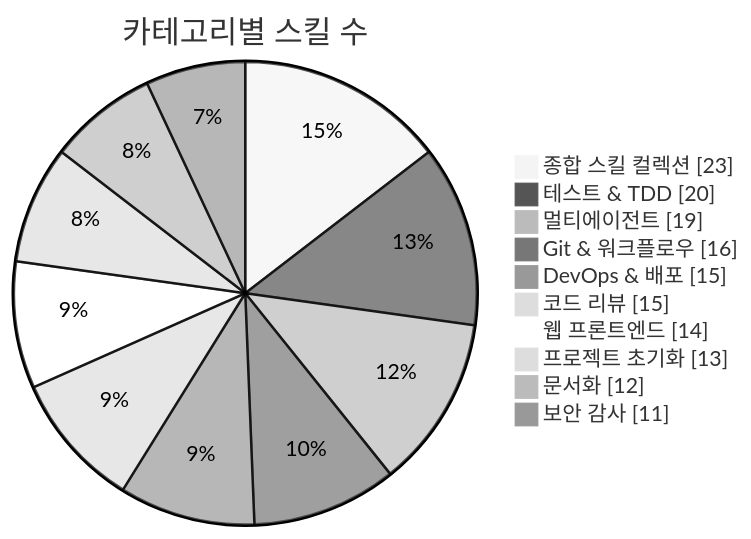
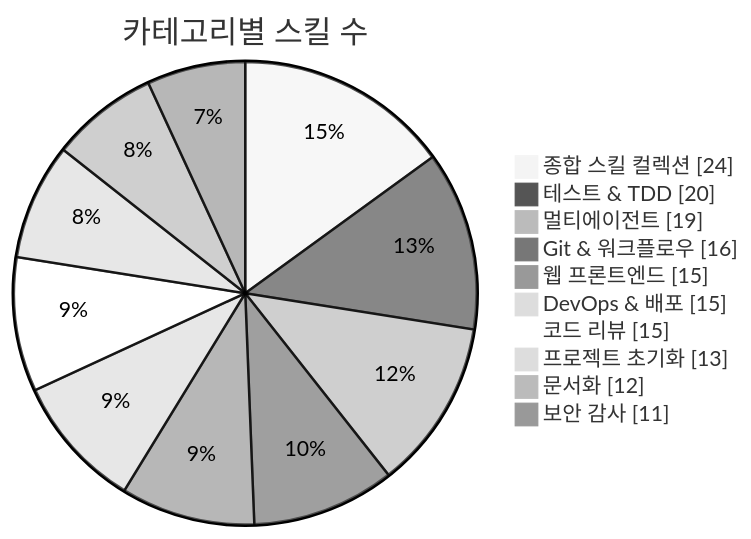
The first of 3 diagrams in README.md (J-nowcow/awesome-korean-agent-skills), drawn with Mermaid (neutral theme) before and after one commit. The commit also changed other lines of this file and 5 other files, not shown here.

````diff
--- a/README.md
+++ b/README.md
@@ -176,14 +176,14 @@
 ```mermaid
 pie showData
     title 카테고리별 스킬 수
-    "종합 스킬 컬렉션" : 23
+    "종합 스킬 컬렉션" : 24
     "테스트 & TDD" : 20
     "멀티에이전트" : 19
     "Git & 워크플로우" : 16
+    "웹 프론트엔드" : 15
     "DevOps & 배포" : 15
     "코드 리뷰" : 15
-    "웹 프론트엔드" : 14
     "프로젝트 초기화" : 13
     "문서화" : 12
     "보안 감사" : 11
 ```
````
